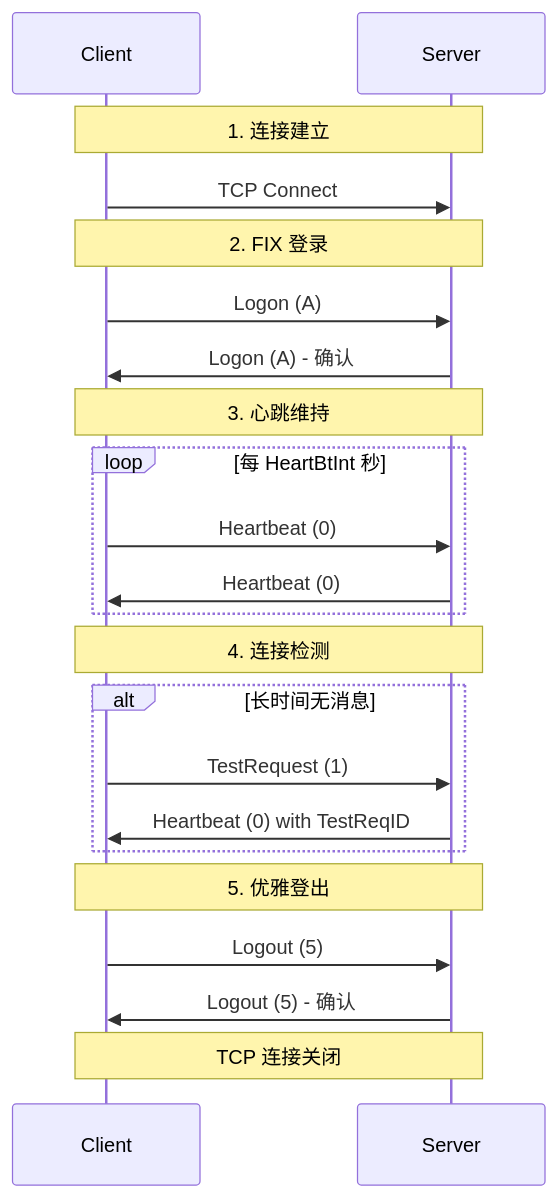
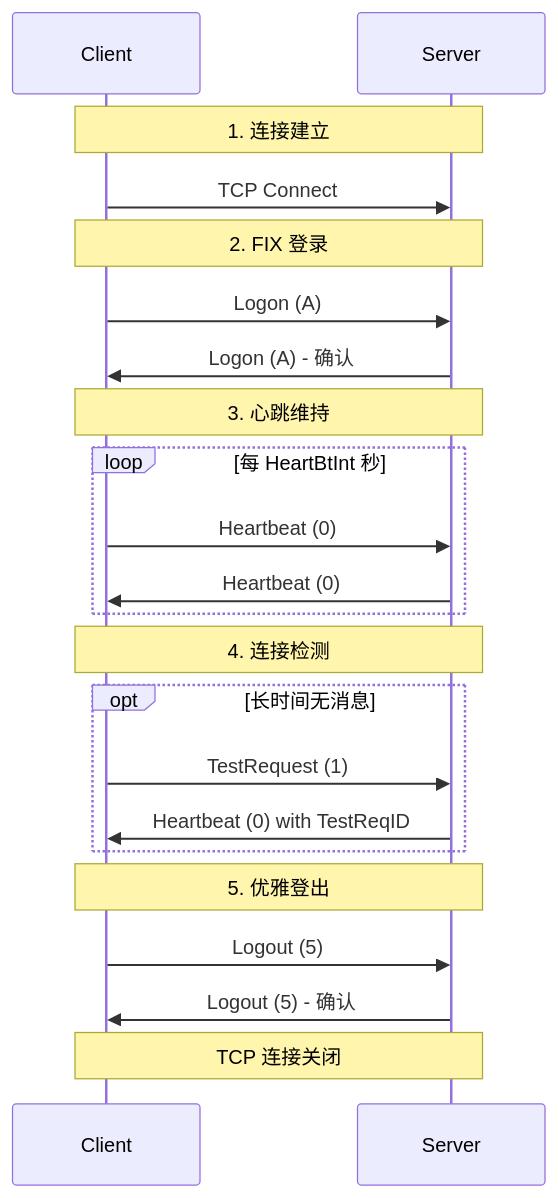
One commit to LittlePorcupine/FIX4.0_demo changed the second of 7 diagrams in README.md. Above: the diagram before and after it, drawn with Mermaid. The commit also changed other lines of this file, not shown here.

Commit message:
fix: 修复readme中的mermaid代码在github中的渲染

````diff
--- a/README.md
+++ b/README.md
@@ -193,29 +193,29 @@
 ```mermaid
 sequenceDiagram
     participant C as Client
     participant S as Server
-    
+
     Note over C,S: 1. 连接建立
     C->>S: TCP Connect
-    
+
     Note over C,S: 2. FIX 登录
     C->>S: Logon (A)
     S->>C: Logon (A) - 确认
-    
+
     Note over C,S: 3. 心跳维持
     loop 每 HeartBtInt 秒
         C->>S: Heartbeat (0)
         S->>C: Heartbeat (0)
     end
-    
+
     Note over C,S: 4. 连接检测
-    alt 长时间无消息
+    opt 长时间无消息
         C->>S: TestRequest (1)
         S->>C: Heartbeat (0) with TestReqID
     end
-    
+
     Note over C,S: 5. 优雅登出
     C->>S: Logout (5)
     S->>C: Logout (5) - 确认
     Note over C,S: TCP 连接关闭
 ```
````
